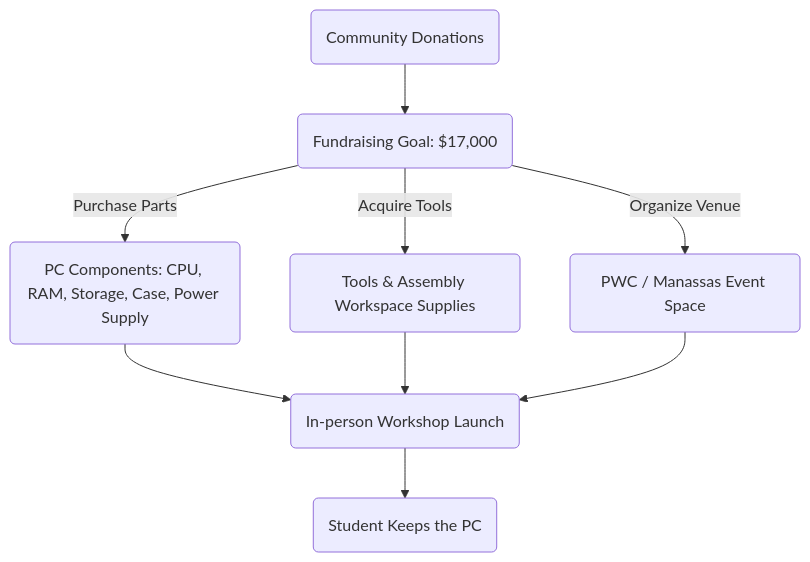
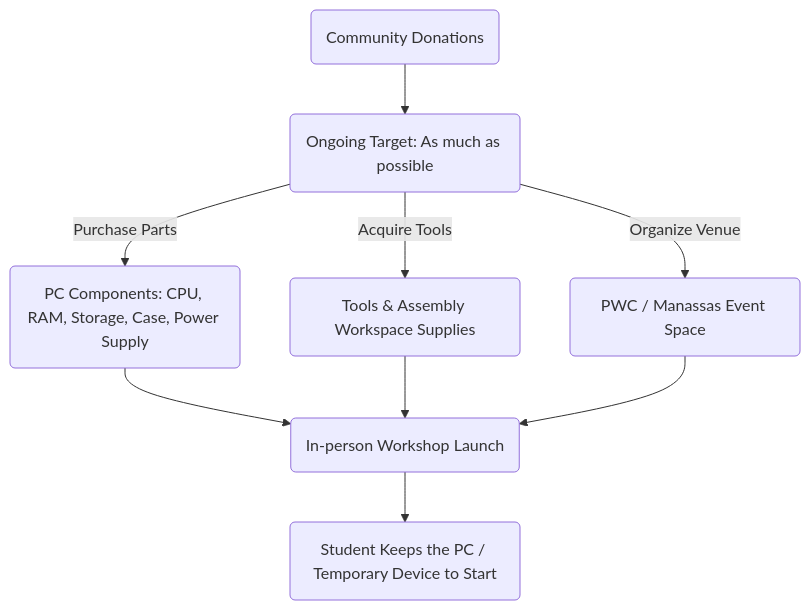
One commit to opentechacademy/docs changed the diagram in programs/workshops.mdx. Above: the diagram before and after it, drawn with Mermaid. The commit also changed other lines of this file, not shown here.

Commit message:
Update workshops.mdx fundraising goal to ongoing (as-much-as-possible) and note temporary device to start

````diff
--- a/programs/workshops.mdx
+++ b/programs/workshops.mdx
@@ -23,9 +23,9 @@
 ```mermaid
 graph TD
-    Donations(Community Donations) --> Goal(Fundraising Goal: $17,000)
+    Donations(Community Donations) --> Goal(Ongoing Target: As much as possible)
     Goal --> |Purchase Parts| PCParts(PC Components: CPU, RAM, Storage, Case, Power Supply)
     Goal --> |Acquire Tools| Toolkit(Tools & Assembly Workspace Supplies)
     Goal --> |Organize Venue| Venue(PWC / Manassas Event Space)
     PCParts & Toolkit & Venue --> Workshop(In-person Workshop Launch)
-    Workshop --> StudentPC(Student Keeps the PC)
+    Workshop --> StudentPC(Student Keeps the PC / Temporary Device to Start)
 ```
````
